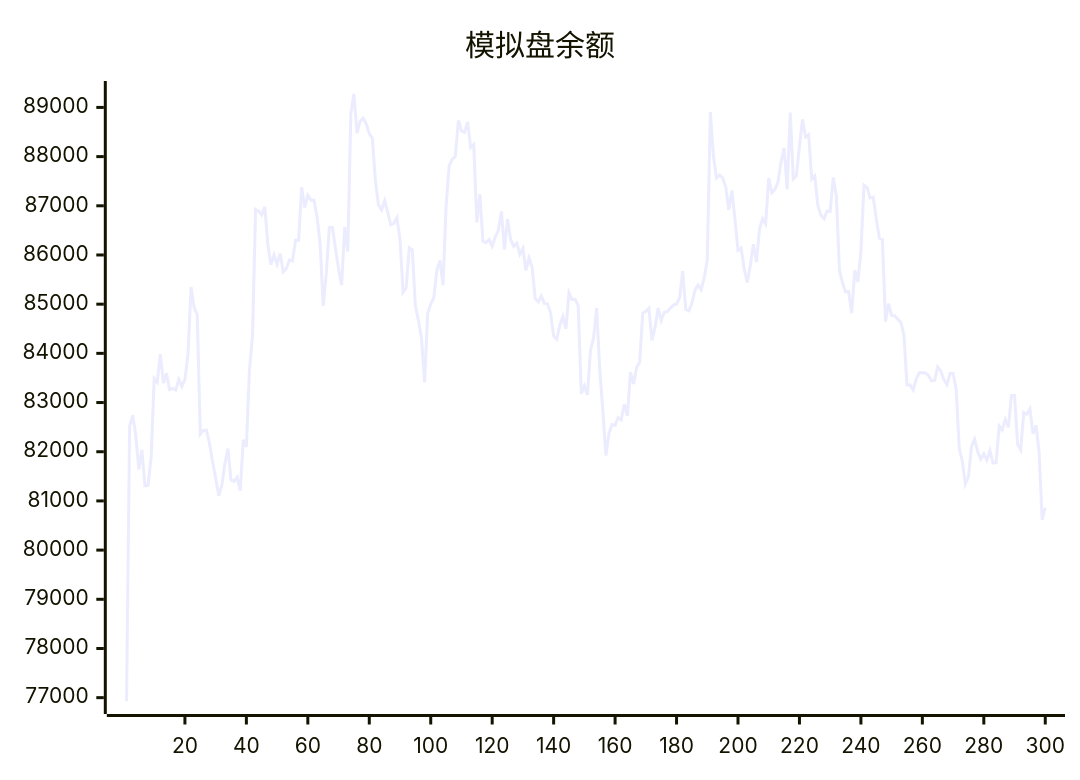
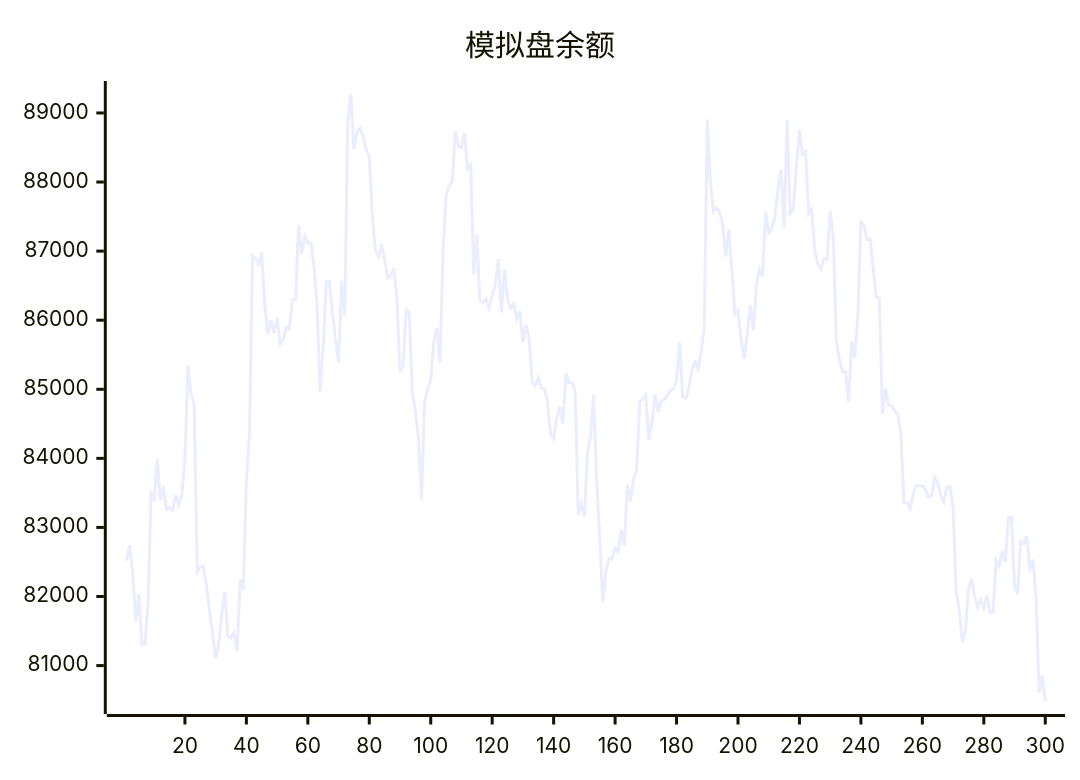
Before and after one commit to aahl/ai-trading: the diagram in README.md, drawn with Mermaid. The commit also changed other lines of this file and 1 other file, not shown here.

````diff
--- a/README.md
+++ b/README.md
@@ -5,5 +5,5 @@
 ```mermaid
 xychart
     title "模拟盘余额"
-    line [76927,82520,82744,82337,81639,82040,81307,81314,81887,83490,83414,83984,83396,83594,83261,83287,83253,83470,83327,83465,83987,85348,84930,84786,82355,82433,82438,82167,81795,81466,81105,81315,81756,82064,81426,81398,81481,81210,82242,82099,83658,84359,86925,86892,86814,86980,86203,85802,86003,85811,86028,85657,85721,85896,85880,86300,86299,87378,86965,87214,87115,87118,86780,86238,84966,85623,86555,86562,86129,85722,85387,86569,86070,88870,89278,88477,88720,88781,88668,88467,88372,87493,87018,86917,87102,86870,86613,86644,86758,86317,85242,85334,86149,86106,84968,84671,84302,83410,84816,85001,85127,85693,85891,85384,87001,87811,87945,88007,88734,88528,88495,88705,88189,88248,86662,87234,86279,86251,86314,86177,86364,86503,86886,86114,86731,86310,86176,86240,86017,86136,85685,85938,85749,85111,85044,85164,85016,85008,84824,84354,84287,84572,84745,84500,85234,85096,85095,84970,83180,83338,83157,84070,84309,84922,83667,82850,81924,82369,82552,82539,82695,82648,82962,82728,83619,83378,83710,83825,84819,84854,84917,84265,84527,84919,84668,84834,84850,84916,84981,85004,85131,85674,84891,84864,85019,85284,85393,85294,85538,85894,88904,88012,87567,87625,87568,87386,86920,87313,86737,86094,86143,85725,85437,85787,86219,85859,86526,86740,86630,87563,87264,87335,87483,87886,88180,87335,88894,87544,87608,88207,88755,88401,88444,87543,87608,87000,86810,86740,86894,86884,87576,87209,85686,85435,85251,85255,84820,85689,85453,86066,87420,87373,87161,87178,86740,86341,86315,84643,85012,84772,84768,84690,84635,84376,83360,83357,83259,83474,83608,83606,83602,83548,83440,83454,83724,83644,83464,83365,83590,83592,83275,82072,81806,81344,81492,82109,82254,82006,81848,81955,81829,82022,81769,81776,82522,82441,82656,82498,83144,83144,82150,82038,82797,82763,82872,82367,82536,81981,80612,80862]
+    line [82520,82744,82337,81639,82040,81307,81314,81887,83490,83414,83984,83396,83594,83261,83287,83253,83470,83327,83465,83987,85348,84930,84786,82355,82433,82438,82167,81795,81466,81105,81315,81756,82064,81426,81398,81481,81210,82242,82099,83658,84359,86925,86892,86814,86980,86203,85802,86003,85811,86028,85657,85721,85896,85880,86300,86299,87378,86965,87214,87115,87118,86780,86238,84966,85623,86555,86562,86129,85722,85387,86569,86070,88870,89278,88477,88720,88781,88668,88467,88372,87493,87018,86917,87102,86870,86613,86644,86758,86317,85242,85334,86149,86106,84968,84671,84302,83410,84816,85001,85127,85693,85891,85384,87001,87811,87945,88007,88734,88528,88495,88705,88189,88248,86662,87234,86279,86251,86314,86177,86364,86503,86886,86114,86731,86310,86176,86240,86017,86136,85685,85938,85749,85111,85044,85164,85016,85008,84824,84354,84287,84572,84745,84500,85234,85096,85095,84970,83180,83338,83157,84070,84309,84922,83667,82850,81924,82369,82552,82539,82695,82648,82962,82728,83619,83378,83710,83825,84819,84854,84917,84265,84527,84919,84668,84834,84850,84916,84981,85004,85131,85674,84891,84864,85019,85284,85393,85294,85538,85894,88904,88012,87567,87625,87568,87386,86920,87313,86737,86094,86143,85725,85437,85787,86219,85859,86526,86740,86630,87563,87264,87335,87483,87886,88180,87335,88894,87544,87608,88207,88755,88401,88444,87543,87608,87000,86810,86740,86894,86884,87576,87209,85686,85435,85251,85255,84820,85689,85453,86066,87420,87373,87161,87178,86740,86341,86315,84643,85012,84772,84768,84690,84635,84376,83360,83357,83259,83474,83608,83606,83602,83548,83440,83454,83724,83644,83464,83365,83590,83592,83275,82072,81806,81344,81492,82109,82254,82006,81848,81955,81829,82022,81769,81776,82522,82441,82656,82498,83144,83144,82150,82038,82797,82763,82872,82367,82536,81981,80612,80862,80484]
 ```
````
